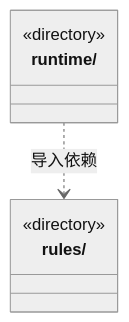
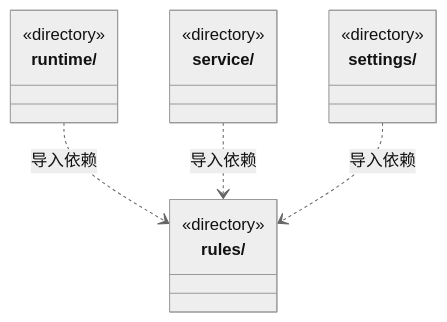
Before and after one commit to nan023062/cbim: the diagram in src/logic/team/ARCHITECTURE.md, drawn with Mermaid (neutral theme). The commit also changed other lines of this file and 657 other files, not shown here.

````diff
--- a/src/logic/team/ARCHITECTURE.md
+++ b/src/logic/team/ARCHITECTURE.md
@@ -15,10 +15,18 @@
 ```mermaid
 classDiagram
 class N_src_logic_team_rules["rules/"] {
   <<directory>>
 }
 class N_src_logic_team_runtime["runtime/"] {
   <<directory>>
 }
+class N_src_logic_team_service["service/"] {
+  <<directory>>
+}
+class N_src_logic_team_settings["settings/"] {
+  <<directory>>
+}
 N_src_logic_team_runtime ..> N_src_logic_team_rules : 导入依赖
+N_src_logic_team_service ..> N_src_logic_team_rules : 导入依赖
+N_src_logic_team_settings ..> N_src_logic_team_rules : 导入依赖
 ```
````
